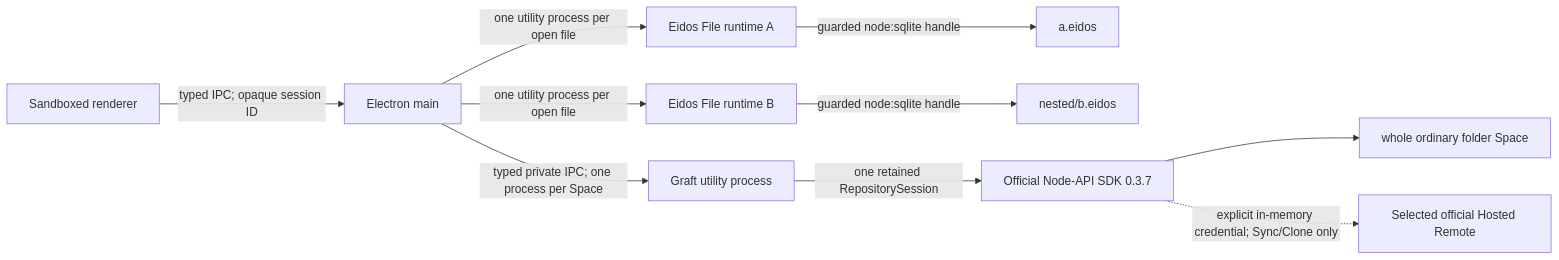
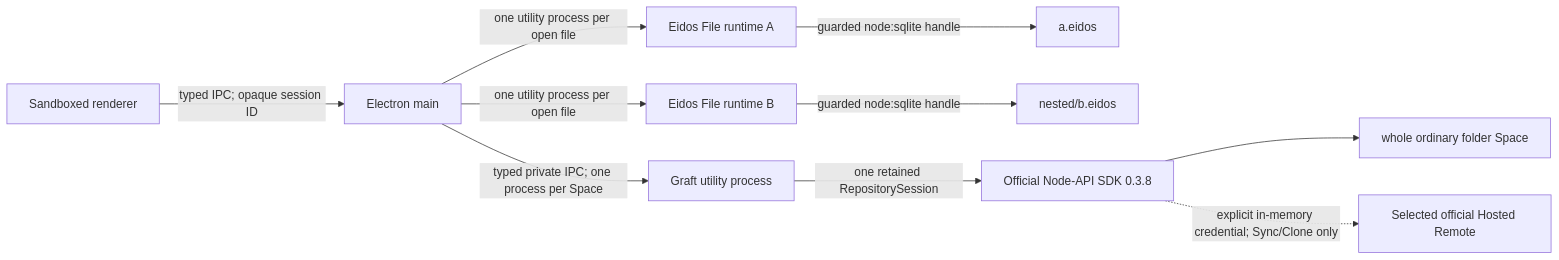
One commit to mayneyao/eidos changed the first of 2 diagrams in apps/eidos-lite-desktop/docs/ARCHITECTURE.md. Above: the diagram before and after it, drawn with Mermaid. The commit also changed other lines of this file and 16 other files, not shown here.

````diff
--- a/apps/eidos-lite-desktop/docs/ARCHITECTURE.md
+++ b/apps/eidos-lite-desktop/docs/ARCHITECTURE.md
@@ -58,12 +58,12 @@
 ```mermaid
 flowchart LR
   R["Sandboxed renderer"] -->|"typed IPC; opaque session ID"| M["Electron main"]
   M -->|"one utility process per open file"| F1["Eidos File runtime A"]
   M -->|"one utility process per open file"| F2["Eidos File runtime B"]
   F1 -->|"guarded node:sqlite handle"| E1["a.eidos"]
   F2 -->|"guarded node:sqlite handle"| E2["nested/b.eidos"]
   M -->|"typed private IPC; one process per Space"| G["Graft utility process"]
-  G -->|"one retained RepositorySession"| N["Official Node-API SDK 0.3.7"]
+  G -->|"one retained RepositorySession"| N["Official Node-API SDK 0.3.8"]
   N --> S["whole ordinary folder Space"]
   N -. "explicit in-memory credential; Sync/Clone only" .-> H["Selected official Hosted Remote"]
 ```
````
